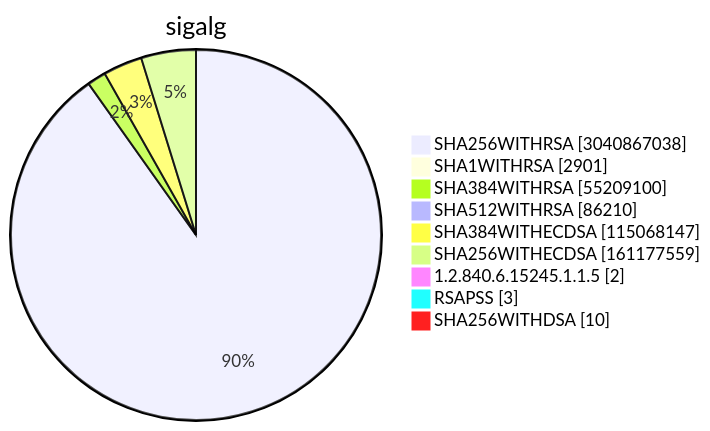
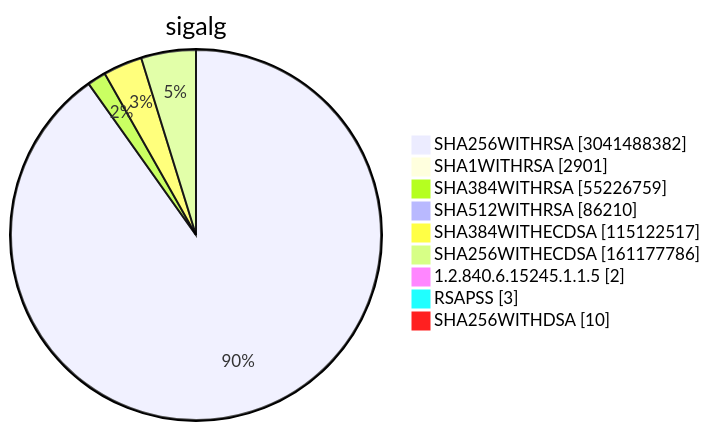
One commit to christiankrug/ctmonitor_visualization changed diagram 15 of 15 in TOTAL/README.md. Above: the diagram before and after it, drawn with Mermaid. The commit also changed other lines of this file, not shown here.

````diff
--- a/TOTAL/README.md
+++ b/TOTAL/README.md
@@ -6208,13 +6208,13 @@
 ```mermaid
 pie showData
 title sigalg
-"SHA256WITHRSA" :3040867038
+"SHA256WITHRSA" :3041488382
 "SHA1WITHRSA" :2901
-"SHA384WITHRSA" :55209100
+"SHA384WITHRSA" :55226759
 "SHA512WITHRSA" :86210
-"SHA384WITHECDSA" :115068147
-"SHA256WITHECDSA" :161177559
+"SHA384WITHECDSA" :115122517
+"SHA256WITHECDSA" :161177786
 "1.2.840.6.15245.1.1.5" :2
 "RSAPSS" :3
 "SHA256WITHDSA" :10
 ```
````
